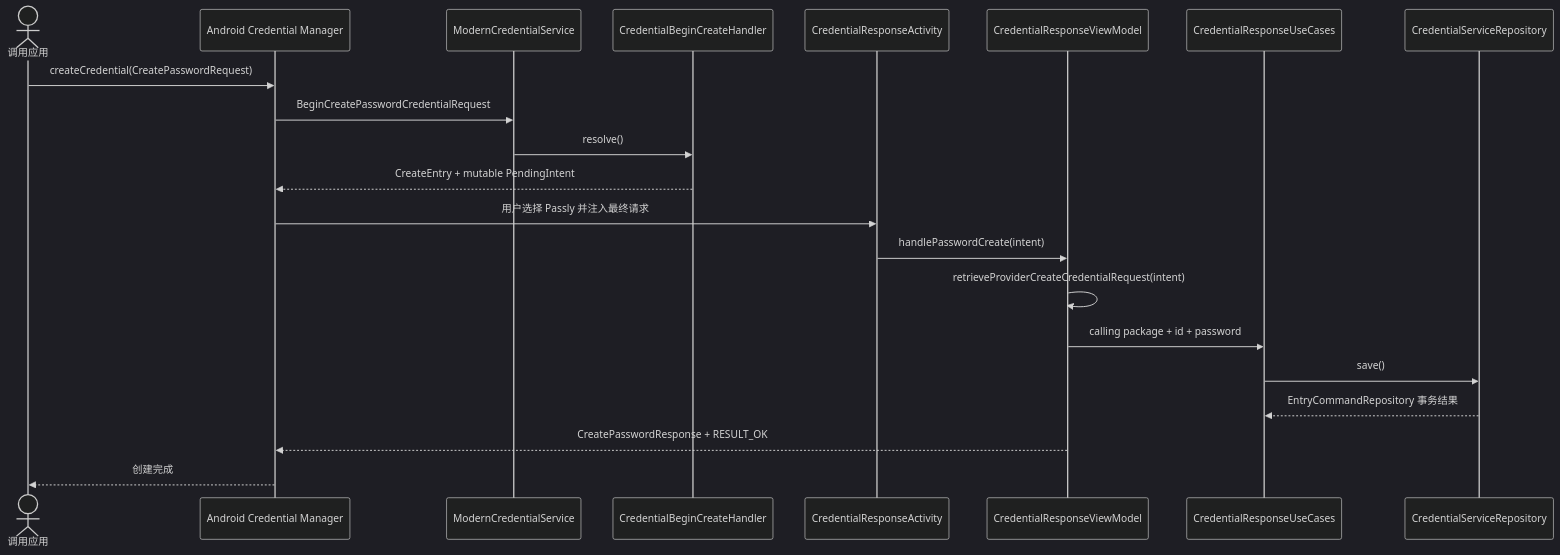
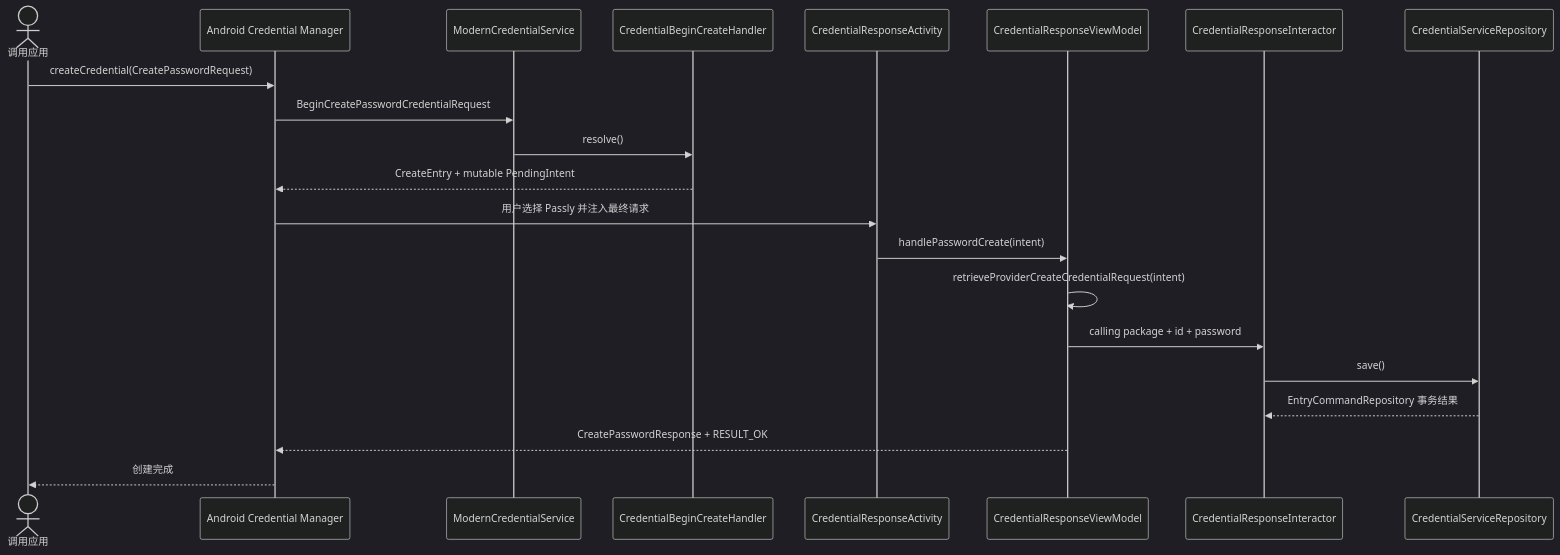
Before and after one commit to aozijx/Passly: the second of 2 diagrams in docs/features/credential-manager.md, drawn with Mermaid (dark theme). The commit also changed other lines of this file and 87 other files, not shown here.

Commit message:
refactor: redesign autofill architecture

````diff
--- a/docs/features/credential-manager.md
+++ b/docs/features/credential-manager.md
@@ -191,24 +191,24 @@
 ```mermaid
 sequenceDiagram
     actor Client as 调用应用
     participant System as Android Credential Manager
     participant Service as ModernCredentialService
     participant Query as CredentialBeginCreateHandler
     participant Activity as CredentialResponseActivity
     participant VM as CredentialResponseViewModel
-    participant Domain as CredentialResponseUseCases
+    participant Domain as CredentialResponseInteractor
     participant Vault as CredentialServiceRepository
 
     Client->>System: createCredential(CreatePasswordRequest)
     System->>Service: BeginCreatePasswordCredentialRequest
     Service->>Query: resolve()
     Query-->>System: CreateEntry + mutable PendingIntent
     System->>Activity: 用户选择 Passly 并注入最终请求
     Activity->>VM: handlePasswordCreate(intent)
     VM->>VM: retrieveProviderCreateCredentialRequest(intent)
     VM->>Domain: calling package + id + password
     Domain->>Vault: save()
     Vault-->>Domain: EntryCommandRepository 事务结果
     VM-->>System: CreatePasswordResponse + RESULT_OK
     System-->>Client: 创建完成
 ```
````
